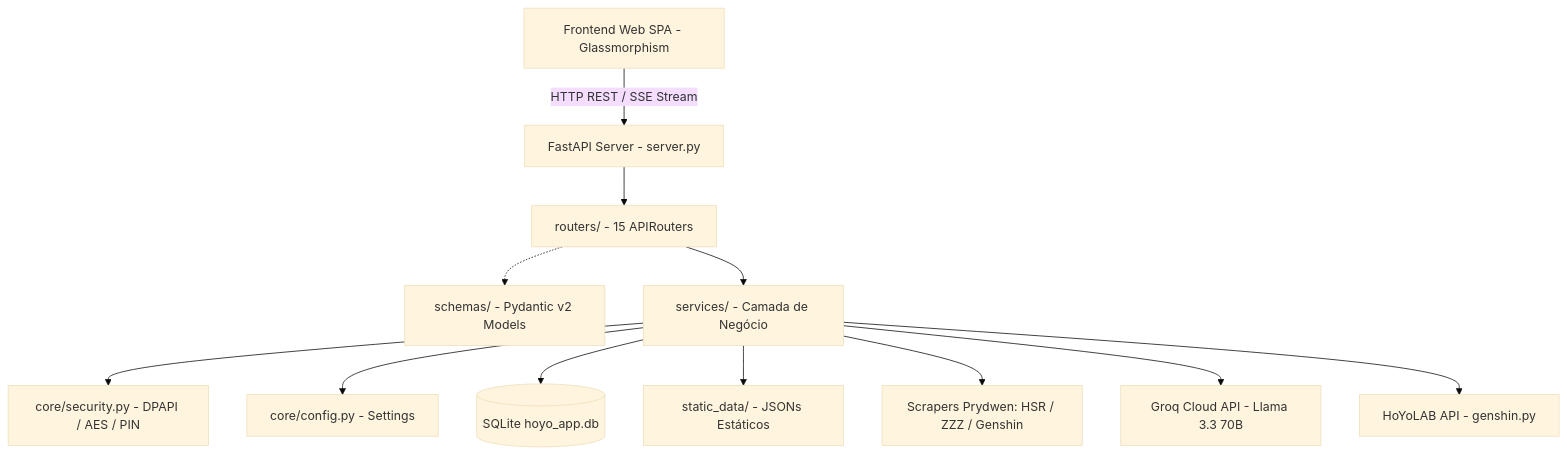
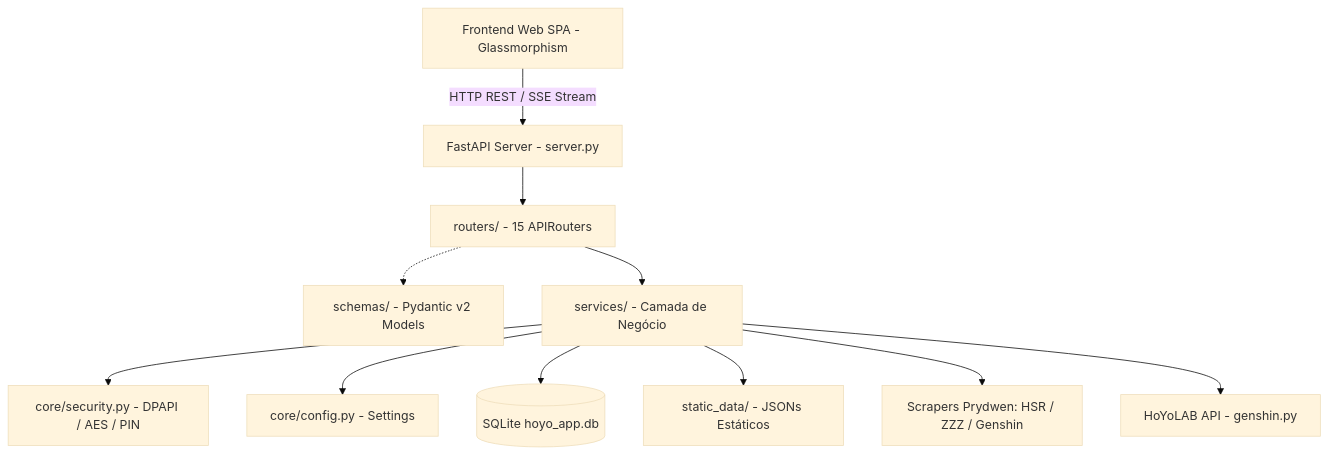
The second of 2 diagrams in README.md (Lacas0010/Cabeca_de_Droid), drawn with Mermaid (base theme) before and after one commit. The commit also changed other lines of this file and 41 other files, not shown here.

````diff
--- a/README.md
+++ b/README.md
@@ -103,16 +102,15 @@
 ```mermaid
 graph TD
     UI[Frontend Web SPA - Glassmorphism] -->|HTTP REST / SSE Stream| Server[FastAPI Server - server.py]
     Server --> Routers[routers/ - 15 APIRouters]
   
     Routers -.-> Schemas[schemas/ - Pydantic v2 Models]
     Routers --> Services[services/ - Camada de Negócio]
   
     Services --> CoreSec[core/security.py - DPAPI / AES / PIN]
     Services --> CoreCfg[core/config.py - Settings]
     Services --> DB[(SQLite hoyo_app.db)]
     Services --> StaticData[static_data/ - JSONs Estáticos]
     Services --> Scrapers[Scrapers Prydwen: HSR / ZZZ / Genshin]
-    Services --> GroqAI[Groq Cloud API - Llama 3.3 70B]
     Services --> HoYoAPI[HoYoLAB API - genshin.py]
 ```
````
